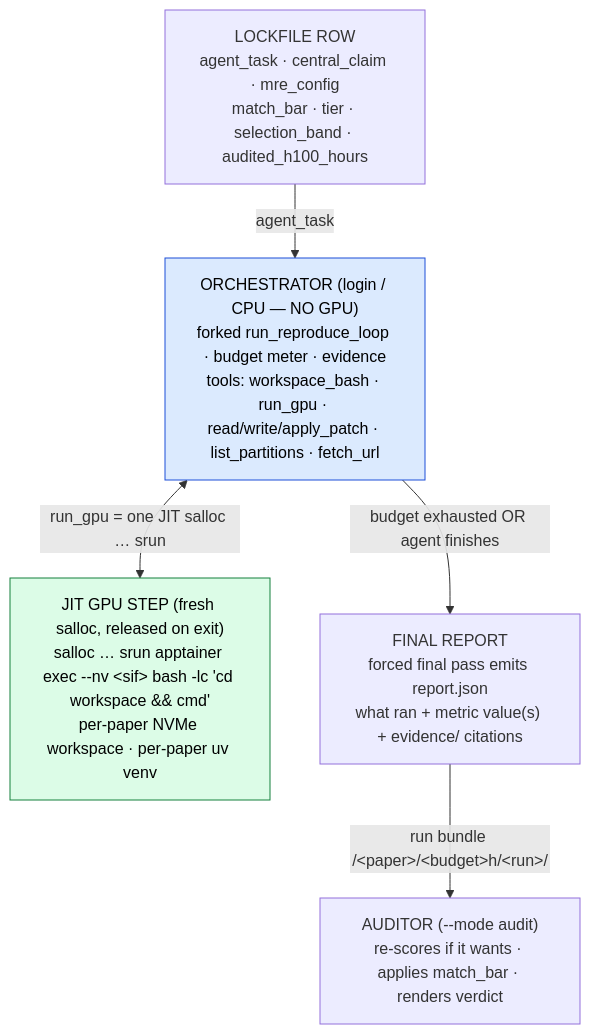
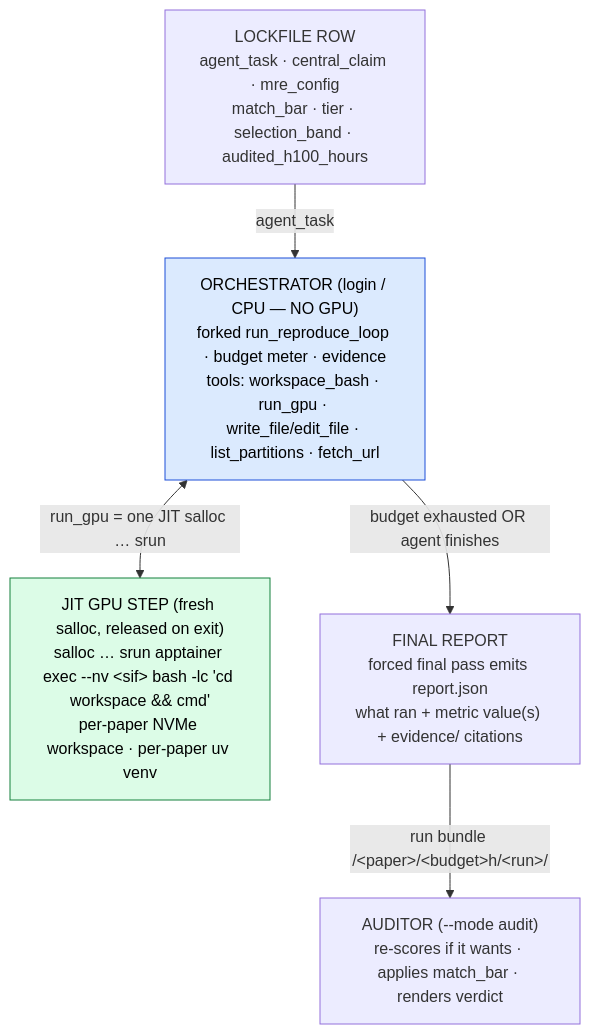
The diagram in docs/modes/reproduction.md (mithils3/reprocli), drawn with Mermaid before and after one commit. The commit also changed other lines of this file and 13 other files, not shown here.

First line of the commit message:
tools: drop apply_patch (68% error rate), add exact-string edit_file

````diff
--- a/docs/modes/reproduction.md
+++ b/docs/modes/reproduction.md
@@ -55,16 +55,16 @@
 ```mermaid
 flowchart TD
   classDef cpu fill:#dbeafe,stroke:#1d4ed8,color:#000;
   classDef gpu fill:#dcfce7,stroke:#15803d,color:#000;
 
   LOCK["LOCKFILE ROW<br/>agent_task · central_claim · mre_config<br/>match_bar · tier · selection_band · audited_h100_hours"]
-  ORCH["ORCHESTRATOR (login / CPU — NO GPU)<br/>forked run_reproduce_loop · budget meter · evidence<br/>tools: workspace_bash · run_gpu · read/write/apply_patch · list_partitions · fetch_url"]:::cpu
+  ORCH["ORCHESTRATOR (login / CPU — NO GPU)<br/>forked run_reproduce_loop · budget meter · evidence<br/>tools: workspace_bash · run_gpu · write_file/edit_file · list_partitions · fetch_url"]:::cpu
   GPU["JIT GPU STEP (fresh salloc, released on exit)<br/>salloc … srun apptainer exec --nv &lt;sif&gt; bash -lc 'cd workspace && cmd'<br/>per-paper NVMe workspace · per-paper uv venv"]:::gpu
   REP["FINAL REPORT<br/>forced final pass emits report.json<br/>what ran + metric value(s) + evidence/ citations"]
   AU["AUDITOR (--mode audit)<br/>re-scores if it wants · applies match_bar · renders verdict"]
 
   LOCK -->|agent_task| ORCH
   ORCH <-->|"run_gpu = one JIT salloc … srun"| GPU
   ORCH -->|"budget exhausted OR agent finishes"| REP
   REP -->|"run bundle <runs-dir>/&lt;paper&gt;/&lt;budget&gt;h/&lt;run&gt;/"| AU
 ```
````
